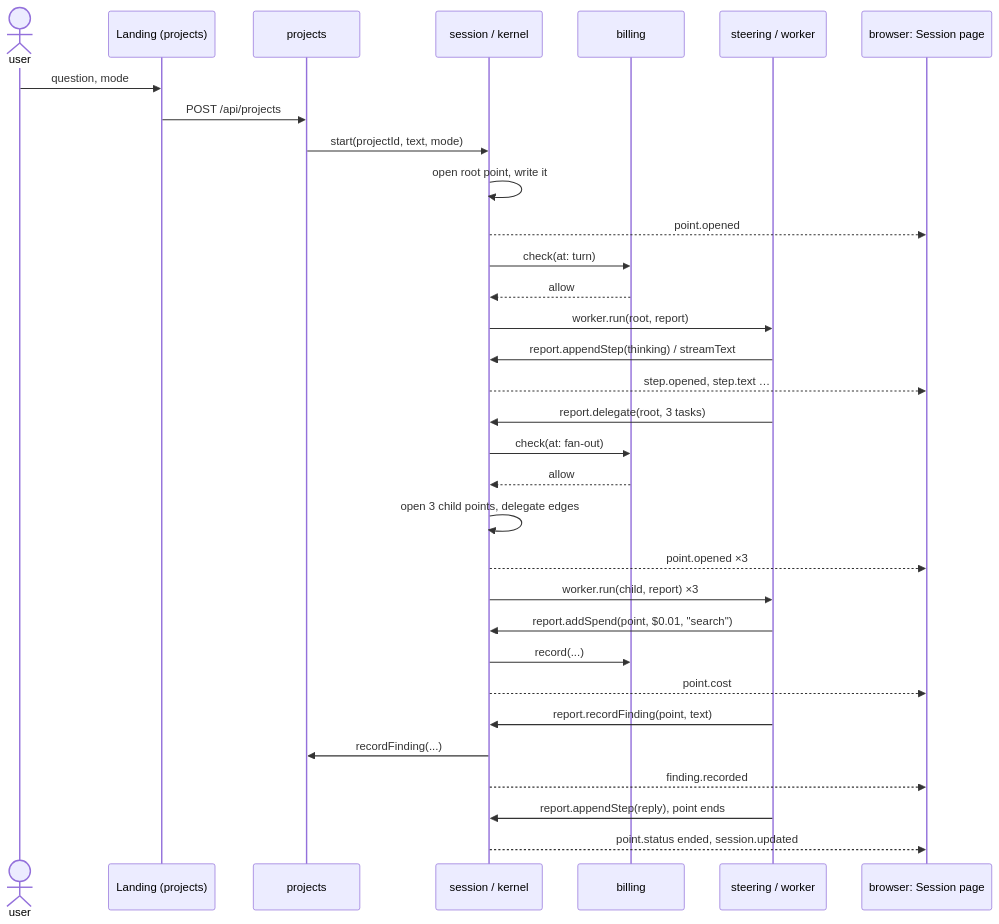
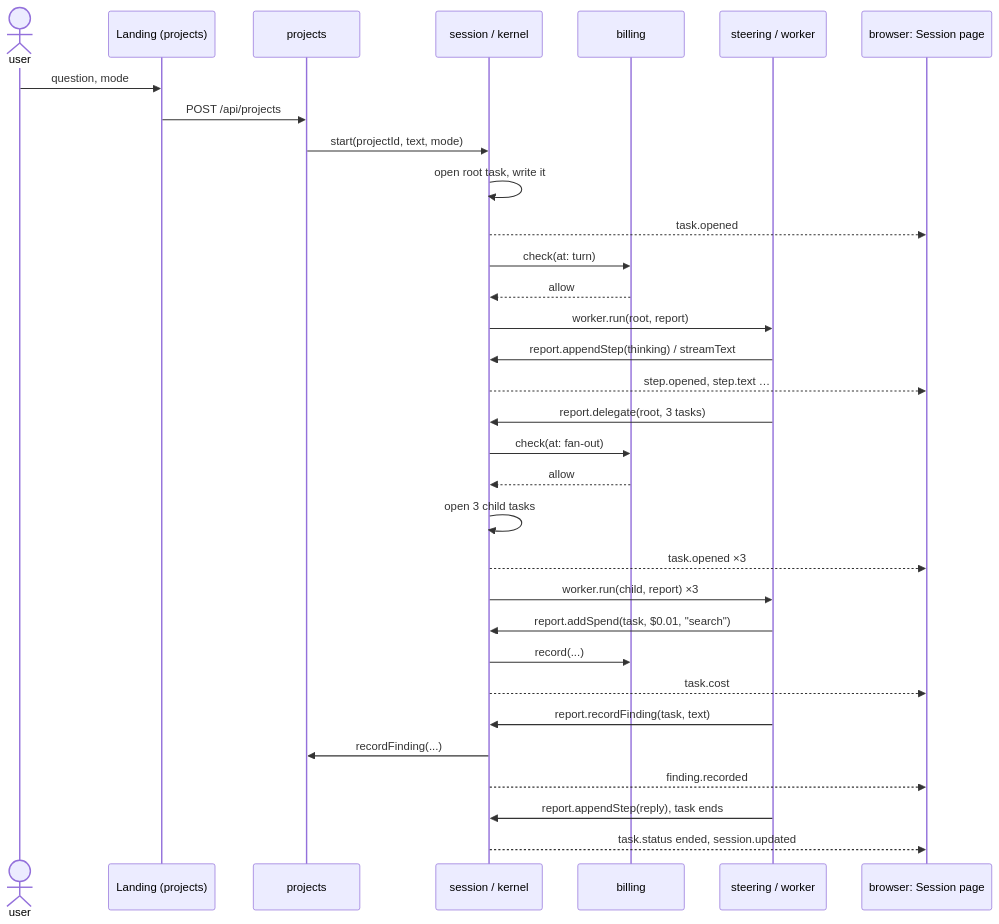
One commit to ziyangliu-666/lumen-next changed the ninth of 16 diagrams in docs/ARCHITECTURE.md. Above: the diagram before and after it, drawn with Mermaid. The commit also changed other lines of this file and 25 other files, not shown here.

First line of the commit message:
contract: a task, not a point, and a tree, not a graph

````diff
--- a/docs/ARCHITECTURE.md
+++ b/docs/ARCHITECTURE.md
@@ -471,35 +468,35 @@
 ```mermaid
 sequenceDiagram
   actor U as user
   participant L as Landing (projects)
   participant P as projects
   participant S as session / kernel
   participant M as billing
   participant T as steering / worker
   participant B as browser: Session page
 
   U->>L: question, mode
   L->>P: POST /api/projects
   P->>S: start(projectId, text, mode)
-  S->>S: open root point, write it
-  S-->>B: point.opened
+  S->>S: open root task, write it
+  S-->>B: task.opened
   S->>M: check(at: turn)
   M-->>S: allow
   S->>T: worker.run(root, report)
   T->>S: report.appendStep(thinking) / streamText
   S-->>B: step.opened, step.text …
   T->>S: report.delegate(root, 3 tasks)
   S->>M: check(at: fan-out)
   M-->>S: allow
-  S->>S: open 3 child points, delegate edges
-  S-->>B: point.opened ×3
+  S->>S: open 3 child tasks
+  S-->>B: task.opened ×3
   S->>T: worker.run(child, report) ×3
-  T->>S: report.addSpend(point, $0.01, "search")
+  T->>S: report.addSpend(task, $0.01, "search")
   S->>M: record(...)
-  S-->>B: point.cost
-  T->>S: report.recordFinding(point, text)
+  S-->>B: task.cost
+  T->>S: report.recordFinding(task, text)
   S->>P: recordFinding(...)
   S-->>B: finding.recorded
-  T->>S: report.appendStep(reply), point ends
-  S-->>B: point.status ended, session.updated
+  T->>S: report.appendStep(reply), task ends
+  S-->>B: task.status ended, session.updated
 ```
````
